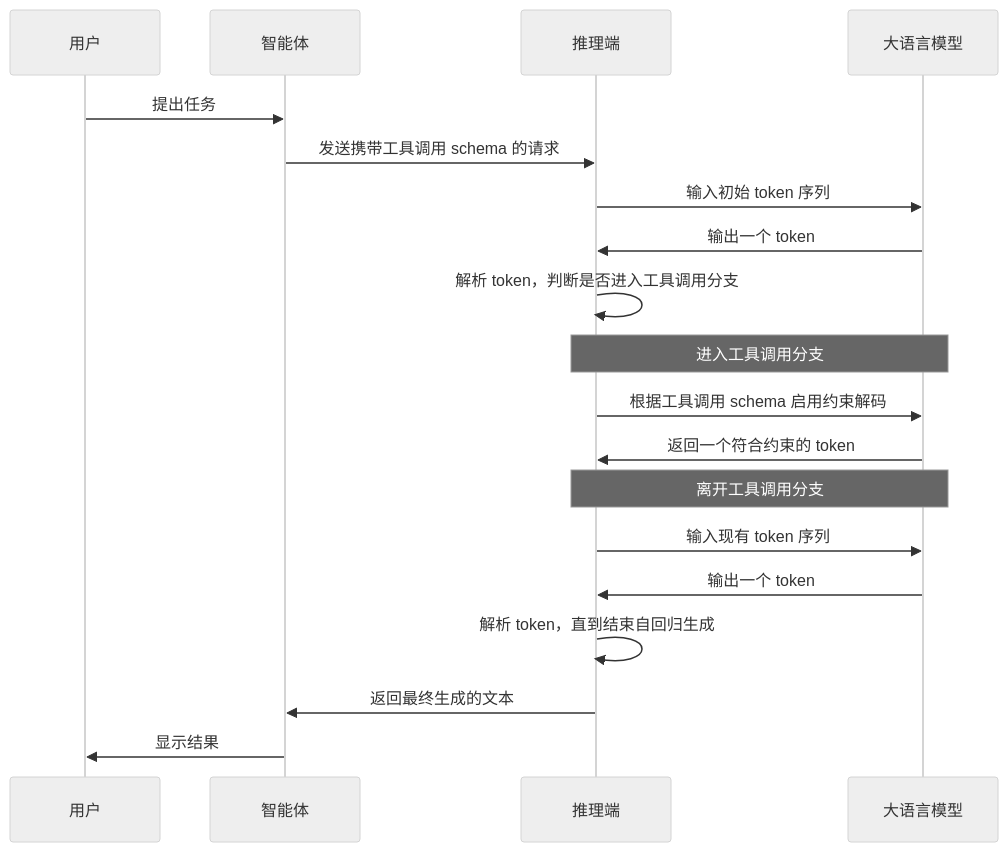
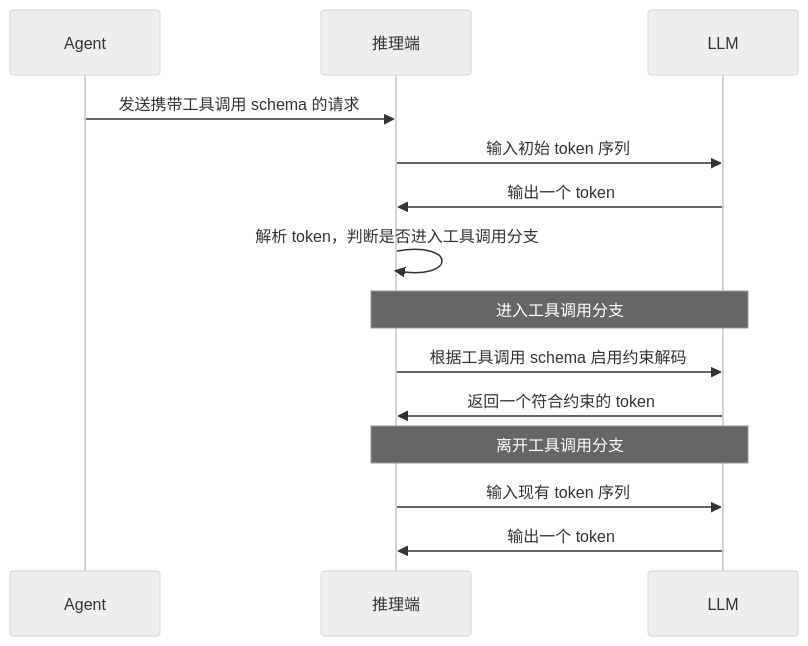
One commit to Juemuren/notes changed the first of 4 diagrams in src/content/docs/大语言模型/index.md. Above: the diagram before and after it, drawn with Mermaid (neutral theme). The commit also changed other lines of this file, not shown here.

````diff
--- a/src/content/docs/大语言模型/index.md
+++ b/src/content/docs/大语言模型/index.md
@@ -303,25 +300,19 @@
 ```mermaid
 sequenceDiagram
-    participant U as 用户
-    participant A as 智能体
+    participant A as Agent
     participant I as 推理端
-    participant L as 大语言模型
+    participant L as LLM
 
-    U ->> A: 提出任务
     A ->> I: 发送携带工具调用 schema 的请求
     I ->> L: 输入初始 token 序列
     L ->> I: 输出一个 token
     I ->> I: 解析 token，判断是否进入工具调用分支
 
     Note over I,L: 进入工具调用分支
     I ->> L: 根据工具调用 schema 启用约束解码
     L ->> I: 返回一个符合约束的 token
 
     Note over I,L: 离开工具调用分支
     I ->> L: 输入现有 token 序列
     L ->> I: 输出一个 token
-
-    I ->> I: 解析 token，直到结束自回归生成
-    I ->> A: 返回最终生成的文本
-    A ->> U: 显示结果
 ```
````
